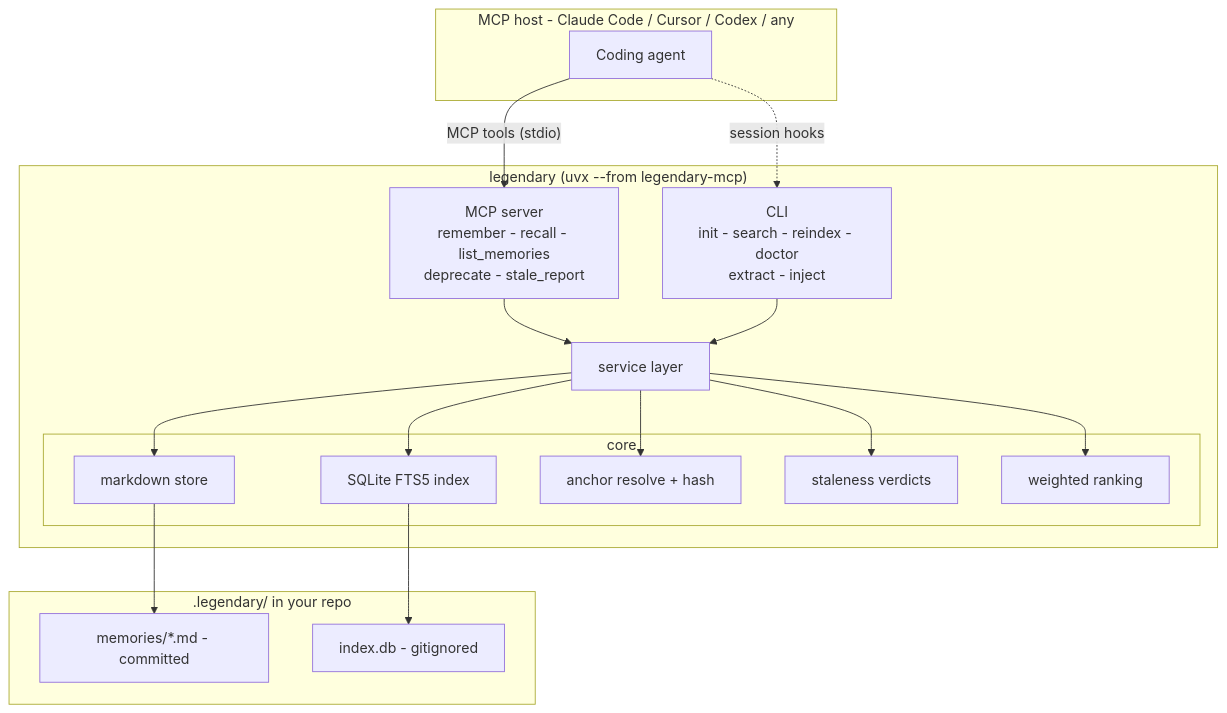
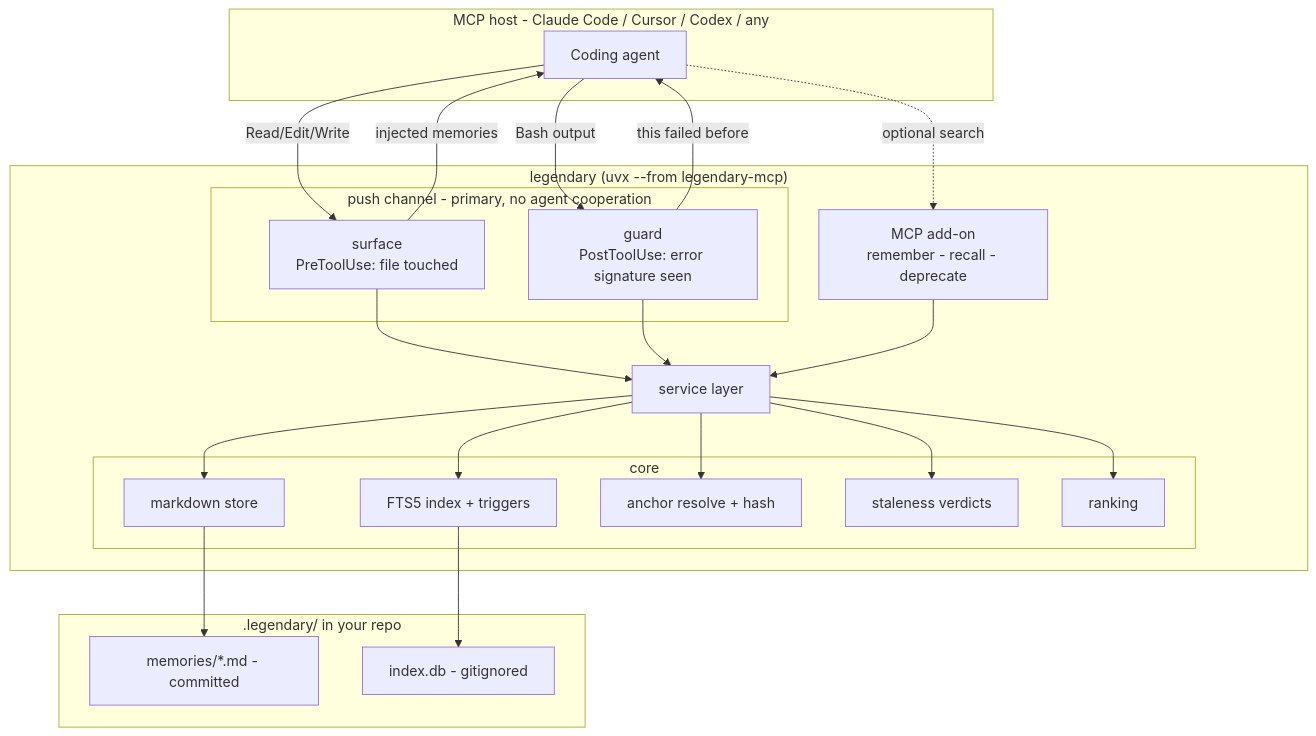
The first of 2 diagrams in README.md (ashhadahsan/legendary), drawn with Mermaid before and after one commit. The commit also changed other lines of this file and 8 other files, not shown here.

````diff
--- a/README.md
+++ b/README.md
@@ -111,36 +131,43 @@
 ```mermaid
 flowchart TB
     subgraph host["MCP host - Claude Code / Cursor / Codex / any"]
         agent["Coding agent"]
     end
 
     subgraph legendary["legendary (uvx --from legendary-mcp)"]
-        mcp["MCP server<br/>remember - recall - list_memories<br/>deprecate - stale_report"]
-        cli["CLI<br/>init - search - reindex - doctor<br/>extract - inject"]
+        subgraph push["push channel - primary, no agent cooperation"]
+            surface["surface<br/>PreToolUse: file touched"]
+            guard["guard<br/>PostToolUse: error signature seen"]
+        end
+        mcp["MCP add-on<br/>remember - recall - deprecate"]
         svc["service layer"]
         subgraph core["core"]
             store["markdown store"]
-            index["SQLite FTS5 index"]
+            index["FTS5 index + triggers"]
             anchor["anchor resolve + hash"]
             stale["staleness verdicts"]
-            rank["weighted ranking"]
+            rank["ranking"]
         end
     end
 
     subgraph repodir[".legendary/ in your repo"]
         md["memories/*.md - committed"]
         db["index.db - gitignored"]
     end
 
-    agent -- "MCP tools (stdio)" --> mcp
-    agent -. "session hooks" .-> cli
+    agent -- "Read/Edit/Write" --> surface
+    agent -- "Bash output" --> guard
+    surface -- "injected memories" --> agent
+    guard -- "this failed before" --> agent
+    agent -. "optional search" .-> mcp
+    surface --> svc
+    guard --> svc
     mcp --> svc
-    cli --> svc
     svc --> store
     svc --> index
     svc --> anchor
     svc --> stale
     svc --> rank
     store --> md
     index --> db
 ```
````
